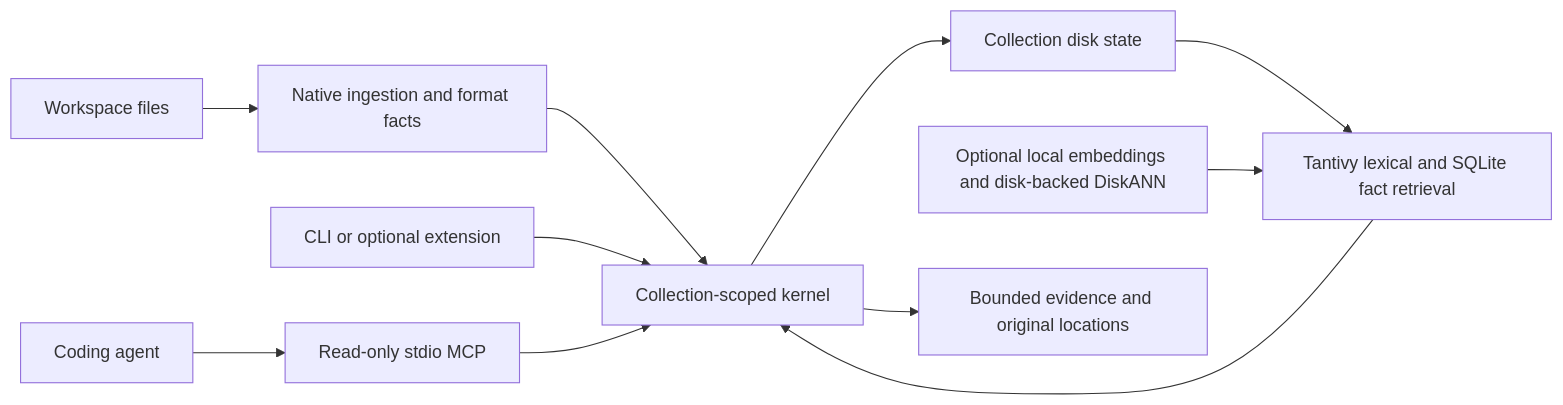
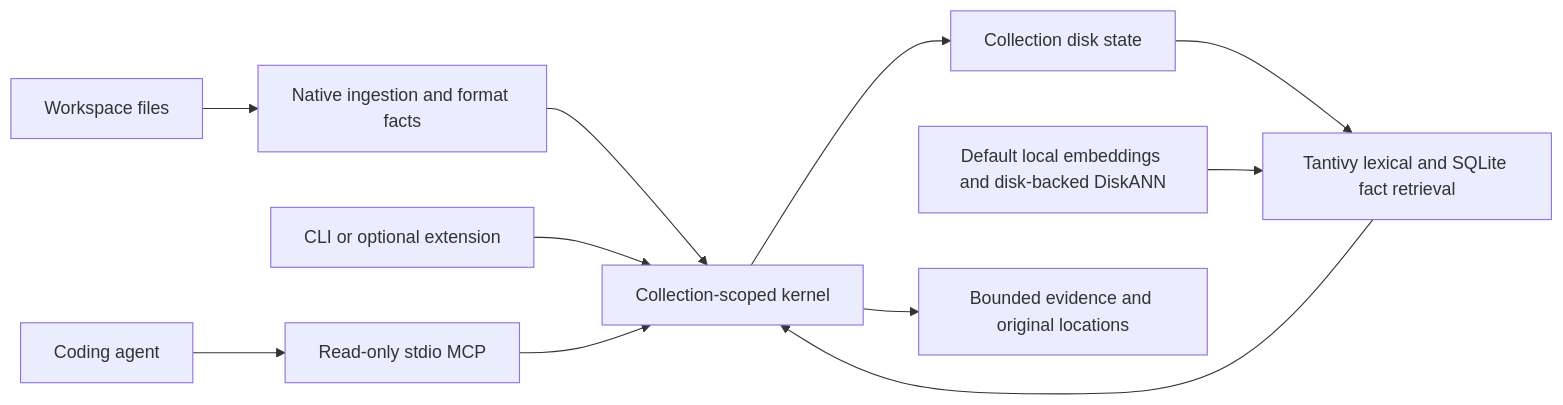
The diagram in docs/architecture.md (iokaio/airk), drawn with Mermaid before and after one commit. The commit also changed other lines of this file and 119 other files, not shown here.

```diff
--- a/docs/architecture.md
+++ b/docs/architecture.md
@@ -7,13 +7,13 @@
 ~~~mermaid
 flowchart LR
   W[Workspace files] --> I[Native ingestion and format facts]
   I --> K[Collection-scoped kernel]
   K --> S[Collection disk state]
   S --> R[Tantivy lexical and SQLite fact retrieval]
-  V[Optional local embeddings and disk-backed DiskANN] --> R
+  V[Default local embeddings and disk-backed DiskANN] --> R
   C[CLI or optional extension] --> K
   A[Coding agent] --> M[Read-only stdio MCP]
   M --> K
   R --> K
   K --> E[Bounded evidence and original locations]
 ~~~
```
